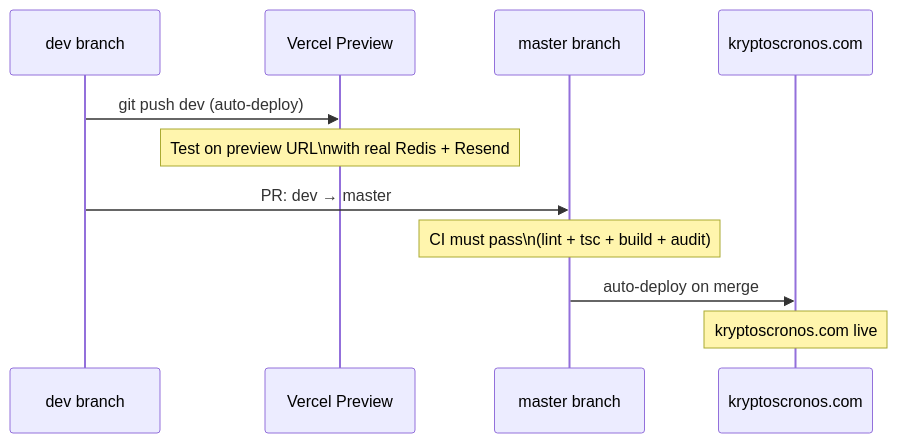
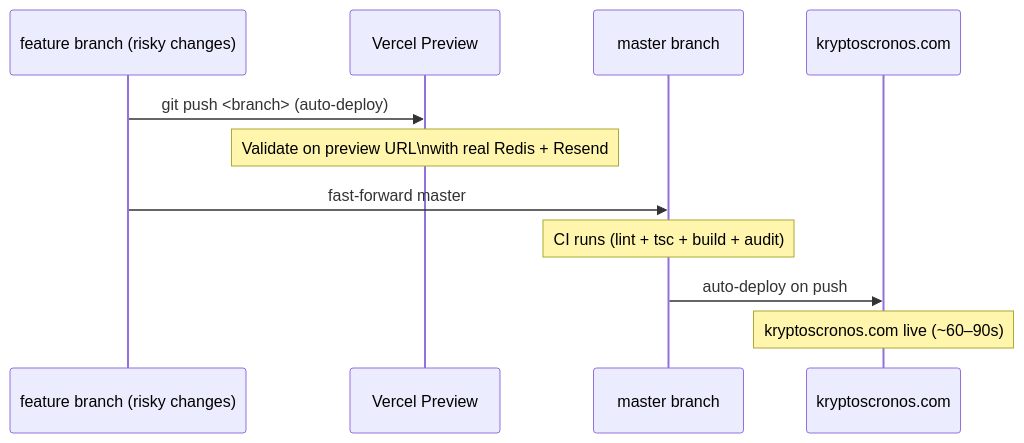
The second of 2 diagrams in apps/web/secured-docs/CICD_PIPELINE.md (jjfleetwood/kryptos-cronos), drawn with Mermaid before and after one commit. The commit also changed other lines of this file and 3 other files, not shown here.

````diff
--- a/apps/web/secured-docs/CICD_PIPELINE.md
+++ b/apps/web/secured-docs/CICD_PIPELINE.md
@@ -223,14 +226,14 @@
 ```mermaid
 sequenceDiagram
-    participant Dev as dev branch
+    participant Feat as feature branch (risky changes)
     participant Preview as Vercel Preview
     participant Master as master branch
     participant Prod as kryptoscronos.com
 
-    Dev->>Preview: git push dev (auto-deploy)
-    Note over Preview: Test on preview URL\nwith real Redis + Resend
-    Dev->>Master: PR: dev → master
-    Note over Master: CI must pass\n(lint + tsc + build + audit)
-    Master->>Prod: auto-deploy on merge
-    Note over Prod: kryptoscronos.com live
+    Feat->>Preview: git push <branch> (auto-deploy)
+    Note over Preview: Validate on preview URL\nwith real Redis + Resend
+    Feat->>Master: fast-forward master
+    Note over Master: CI runs (lint + tsc + build + audit)
+    Master->>Prod: auto-deploy on push
+    Note over Prod: kryptoscronos.com live (~60–90s)
 ```
````
